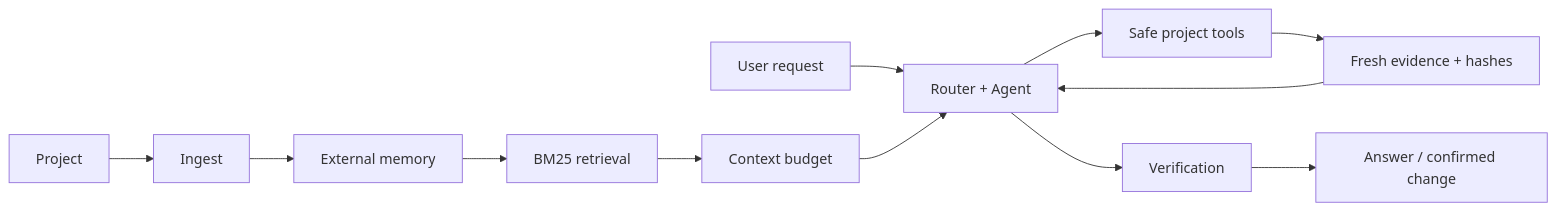
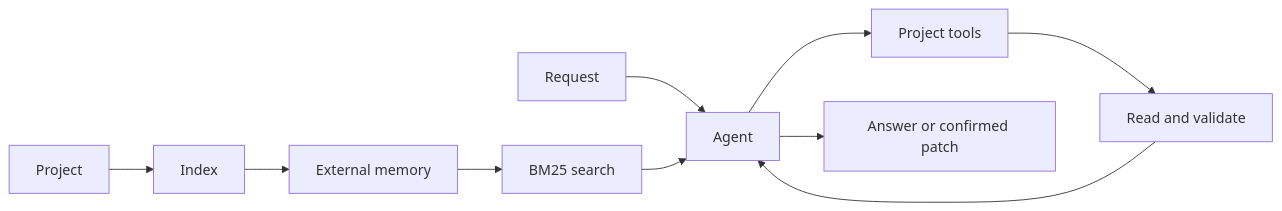
Before and after one commit to rafaelzaydh-jpg/eyle: the diagram in README.md, drawn with Mermaid. The commit also changed other lines of this file and 5 other files, not shown here.

````diff
--- a/README.md
+++ b/README.md
@@ -57,14 +48,12 @@
 ```mermaid
 flowchart LR
-  A[Project] --> B[Ingest]
+  A[Project] --> B[Index]
   B --> C[External memory]
-  D[User request] --> E[Router + Agent]
-  C --> F[BM25 retrieval]
-  F --> G[Context budget]
-  G --> E
-  E --> H[Safe project tools]
-  H --> I[Fresh evidence + hashes]
-  I --> E
-  E --> J[Verification]
-  J --> K[Answer / confirmed change]
+  D[Request] --> E[Agent]
+  C --> F[BM25 search]
+  F --> E
+  E --> G[Project tools]
+  G --> H[Read and validate]
+  H --> E
+  E --> I[Answer or confirmed patch]
 ```
````
